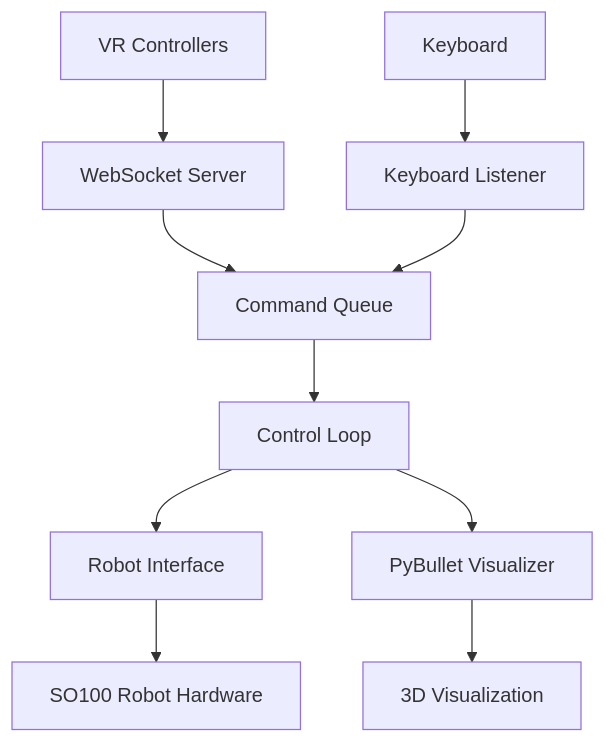
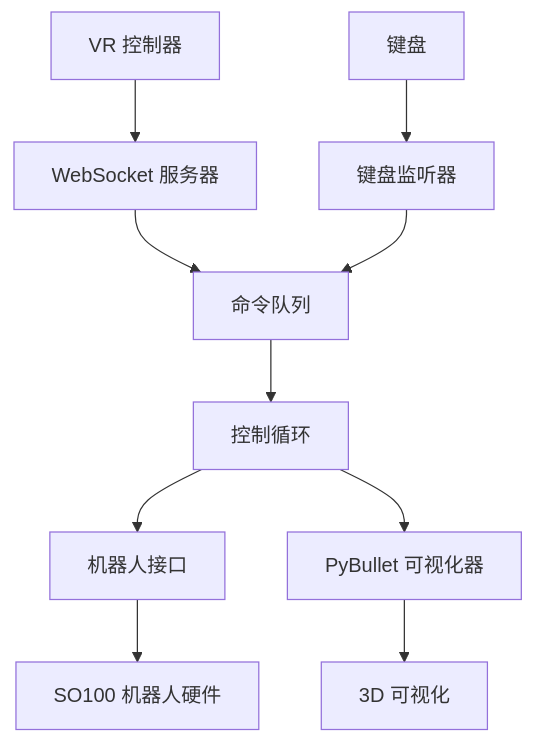
Before and after one commit to miuseik/aider_terminal: the diagram in README.md, drawn with Mermaid. The commit also changed other lines of this file and 7 other files, not shown here.

````diff
--- a/README.md
+++ b/README.md
@@ -191,12 +191,12 @@
 ```mermaid
 graph TD
-    A[VR Controllers] --> B[WebSocket Server]
-    C[Keyboard] --> D[Keyboard Listener]
-    B --> E[Command Queue]
+    A[VR 控制器] --> B[WebSocket 服务器]
+    C[键盘] --> D[键盘监听器]
+    B --> E[命令队列]
     D --> E
-    E --> F[Control Loop]
-    F --> G[Robot Interface]
-    F --> H[PyBullet Visualizer]
-    G --> I[SO100 Robot Hardware]
-    H --> J[3D Visualization]
+    E --> F[控制循环]
+    F --> G[机器人接口]
+    F --> H[PyBullet 可视化器]
+    G --> I[SO100 机器人硬件]
+    H --> J[3D 可视化]
 ```
````
